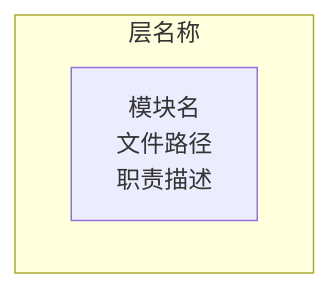
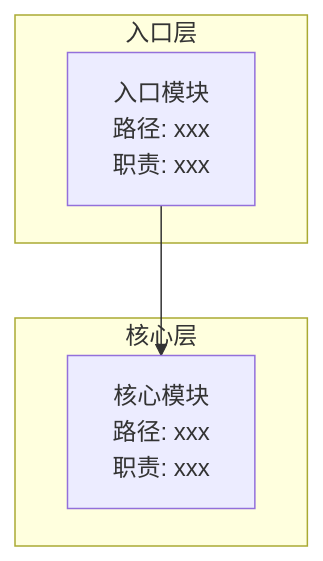
One commit to friendlyhank/claude-code-vibi changed the first of 4 diagrams in .claude/commands/architecture-analysis.md. Above: the diagram before and after it, drawn with Mermaid. The commit also changed other lines of this file and 4 other files, not shown here.

````diff
--- a/.claude/commands/architecture-analysis.md
+++ b/.claude/commands/architecture-analysis.md
@@ -54,6 +116,10 @@
 ```mermaid
 graph TB
-    subgraph "层名称"
-        模块A["模块名<br/>文件路径<br/>职责描述"]
+    subgraph "入口层"
+        ENTRY["入口模块<br/>路径: xxx<br/>职责: xxx"]
     end
+    subgraph "核心层"
+        CORE["核心模块<br/>路径: xxx<br/>职责: xxx"]
+    end
+    ENTRY --> CORE
 ```
````
